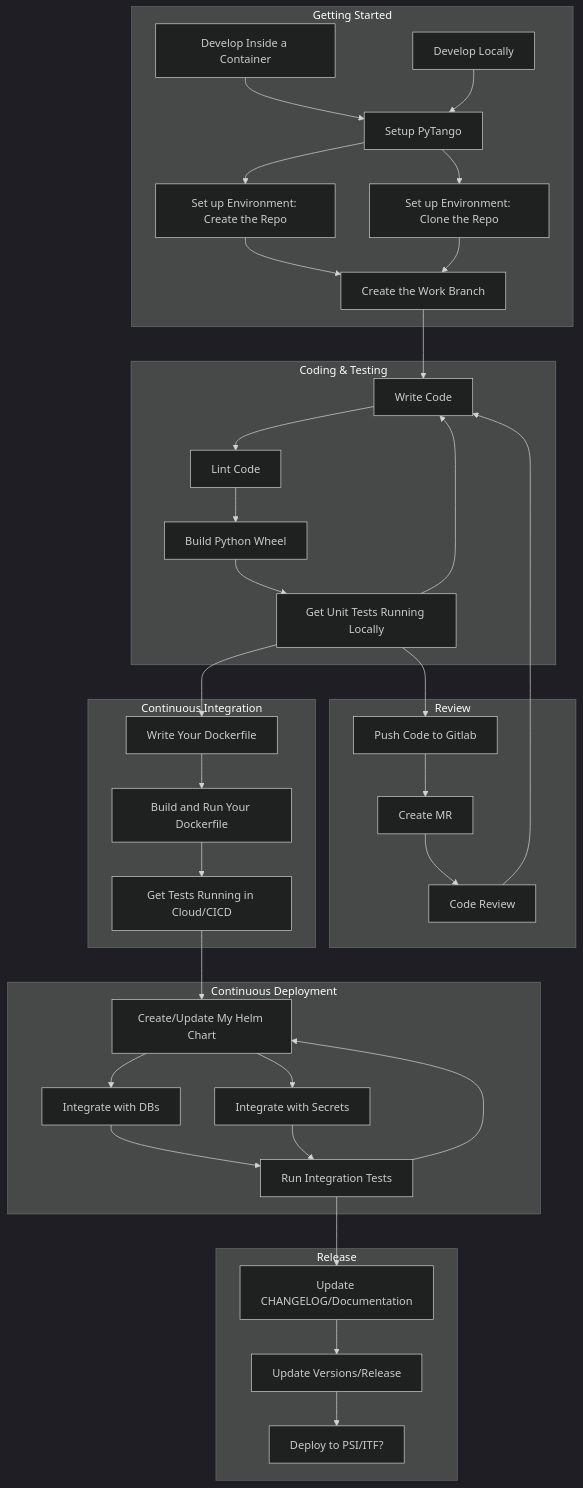
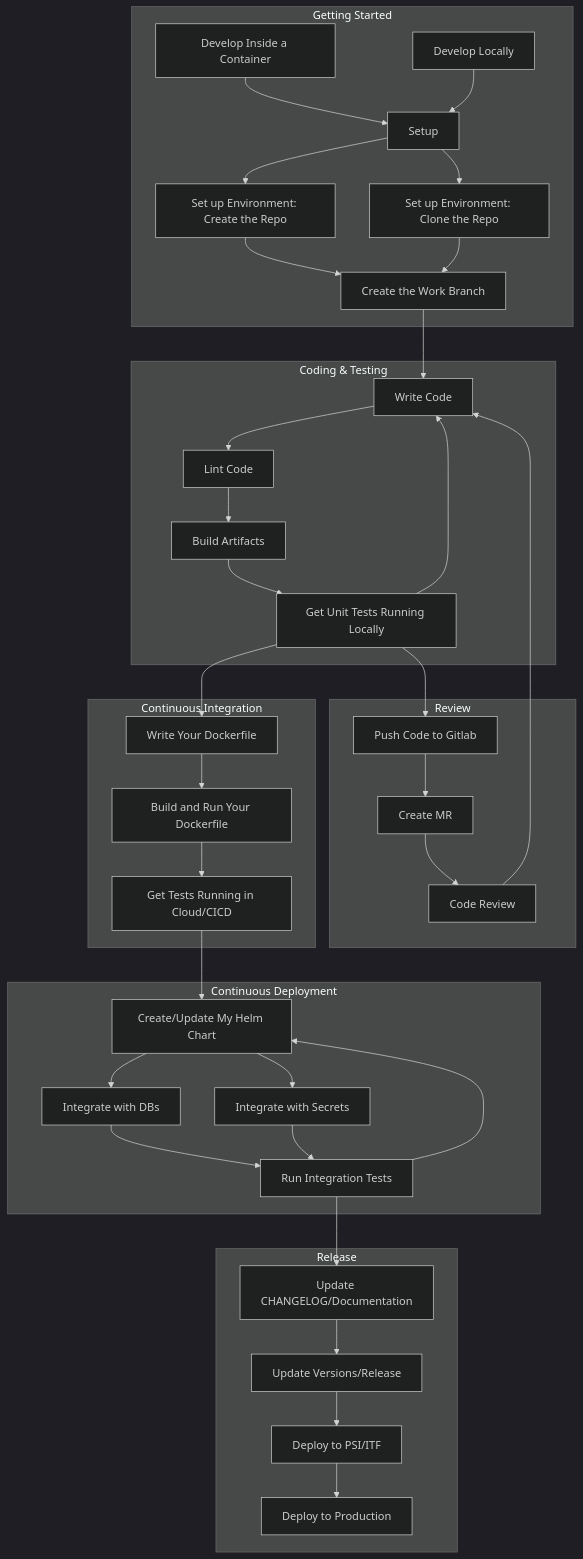
The diagram in src/index.rst (ska-telescope/developer.skatelescope.org), drawn with Mermaid (dark theme) before and after one commit. The commit also changed other lines of this file and 1 other file, not shown here.

```diff
--- a/src/index.rst
+++ b/src/index.rst
@@ -104,42 +106,43 @@
 .. mermaid::
 
   flowchart TD
     subgraph Getting Started
-        A[Develop Inside a Container] --> C[Setup PyTango]
+        A[Develop Inside a Container] --> C[Setup]
         B[Develop Locally] --> C
         C --> D[Set up Environment: Clone the Repo]
         C --> E[Set up Environment: Create the Repo]
         E --> F[Create the Work Branch]
         D --> F
     end
     subgraph Coding & Testing
         F --> F1[Write Code]
         F1 --> G[Lint Code]
-        G --> H[Build Python Wheel]
+        G --> H[Build Artifacts]
         H --> S[Get Unit Tests Running Locally]
         S --> F1
     end
     subgraph Review
         S --> U[Push Code to Gitlab]
         U --> V[Create MR]
         V --> W[Code Review]
         W --> F1
     end
     subgraph Continuous Integration
         S --> I[Write Your Dockerfile]
         I --> J[Build and Run Your Dockerfile]
         J --> K[Get Tests Running in Cloud/CICD]
     end
     subgraph Continuous Deployment
         K --> L[Create/Update My Helm Chart]
         L --> M[Integrate with DBs]
         L --> N[Integrate with Secrets]
         M --> O[Run Integration Tests]
         O --> L
         N --> O
     end
     subgraph Release
         O --> P[Update CHANGELOG/Documentation]
         P --> Q[Update Versions/Release]
-        Q --> R[Deploy to PSI/ITF?]
+        Q --> R[Deploy to PSI/ITF]
+        R --> Z[Deploy to Production]
     end
```
